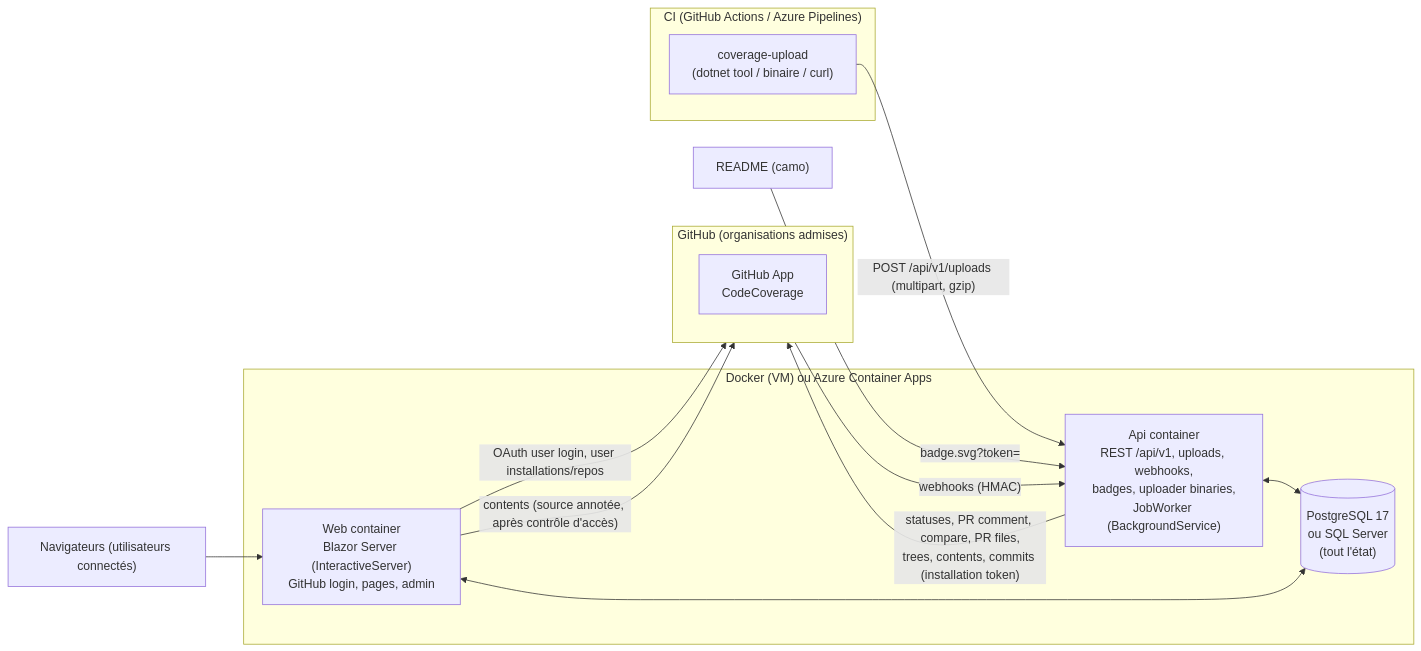
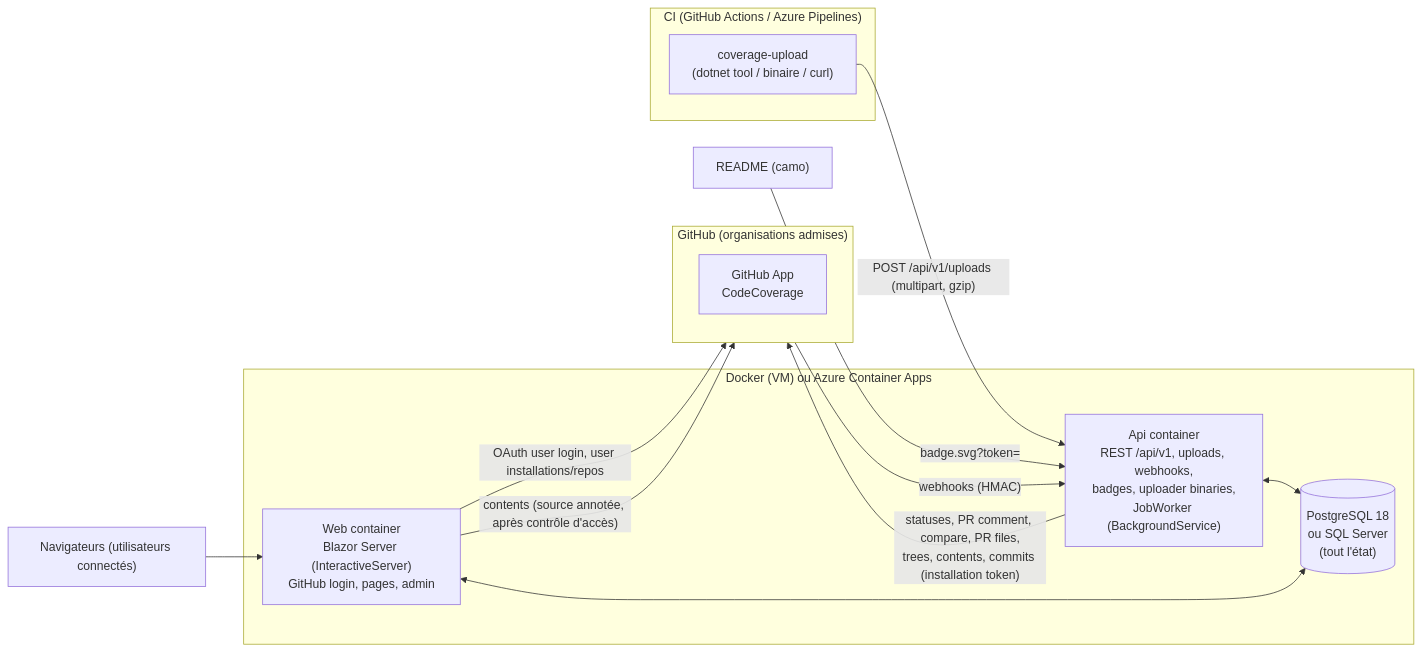
The diagram in docs/ARCHITECTURE.md (gaetanthouvenin/code-coverage), drawn with Mermaid before and after one commit. The commit also changed other lines of this file and 17 other files, not shown here.

First line of the commit message:
feat(deploy): ⬆️ Move to PostgreSQL 18

````diff
--- a/docs/ARCHITECTURE.md
+++ b/docs/ARCHITECTURE.md
@@ -53,23 +53,23 @@
 ```mermaid
 flowchart LR
   subgraph CI["CI (GitHub Actions / Azure Pipelines)"]
     U["coverage-upload<br/>(dotnet tool / binaire / curl)"]
   end
   subgraph GH["GitHub (organisations admises)"]
     APP["GitHub App<br/>CodeCoverage"]
   end
   subgraph Host["Docker (VM) ou Azure Container Apps"]
     API["Api container<br/>REST /api/v1, uploads, webhooks,<br/>badges, uploader binaries,<br/>JobWorker (BackgroundService)"]
     WEB["Web container<br/>Blazor Server (InteractiveServer)<br/>GitHub login, pages, admin"]
-    DB[("PostgreSQL 17<br/>ou SQL Server<br/>(tout l'état)")]
+    DB[("PostgreSQL 18<br/>ou SQL Server<br/>(tout l'état)")]
   end
   U -- "POST /api/v1/uploads (multipart, gzip)" --> API
   GH -- "webhooks (HMAC)" --> API
   API -- "statuses, PR comment, compare, PR files,<br/>trees, contents, commits (installation token)" --> GH
   WEB -- "OAuth user login, user installations/repos" --> GH
   WEB -- "contents (source annotée, après contrôle d'accès)" --> GH
   API <--> DB
   WEB <--> DB
   Browser["Navigateurs (utilisateurs connectés)"] --> WEB
   Readme["README (camo)"] -- "badge.svg?token=" --> API
 ```
````
